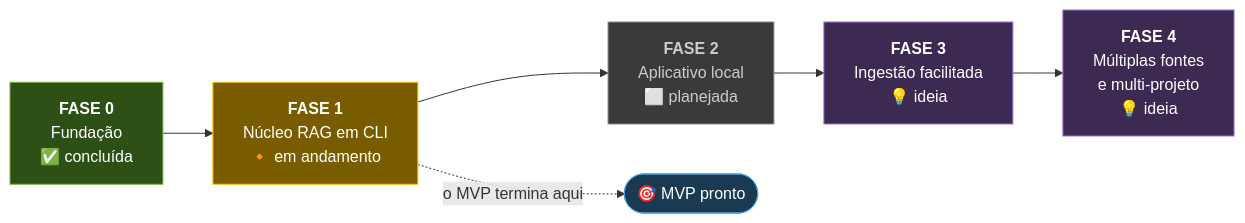
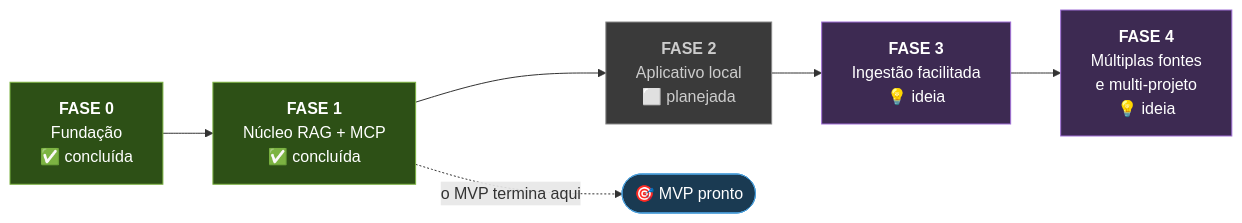
One commit to HeitorM50/dev-second-brain changed the fourth of 5 diagrams in docs/arquitetura.md. Above: the diagram before and after it, drawn with Mermaid. The commit also changed other lines of this file and 4 other files, not shown here.

````diff
--- a/docs/arquitetura.md
+++ b/docs/arquitetura.md
@@ -168,22 +168,21 @@
 ```mermaid
 flowchart LR
     F0["<b>FASE 0</b><br/>Fundação<br/>✅ concluída"]
-    F1["<b>FASE 1</b><br/>Núcleo RAG em CLI<br/>🔸 em andamento"]
+    F1["<b>FASE 1</b><br/>Núcleo RAG + MCP<br/>✅ concluída"]
     F2["<b>FASE 2</b><br/>Aplicativo local<br/>⬜ planejada"]
     F3["<b>FASE 3</b><br/>Ingestão facilitada<br/>💡 ideia"]
     F4["<b>FASE 4</b><br/>Múltiplas fontes<br/>e multi-projeto<br/>💡 ideia"]
 
     F0 --> F1 --> F2 --> F3 --> F4
     F1 -. "o MVP termina aqui" .-> MVP(["🎯 MVP pronto"])
 
     classDef feito fill:#2d5016,stroke:#7cb342,color:#fff
     classDef andamento fill:#7a5c00,stroke:#ffc107,color:#fff
     classDef pendente fill:#3a3a3a,stroke:#888,color:#ccc
     classDef ideia fill:#3d2a52,stroke:#a06fd6,color:#fff
 
-    class F0 feito
-    class F1 andamento
+    class F0,F1 feito
     class F2 pendente
     class F3,F4 ideia
     style MVP fill:#1a3a52,stroke:#4a9eda,color:#fff
 ```
````
